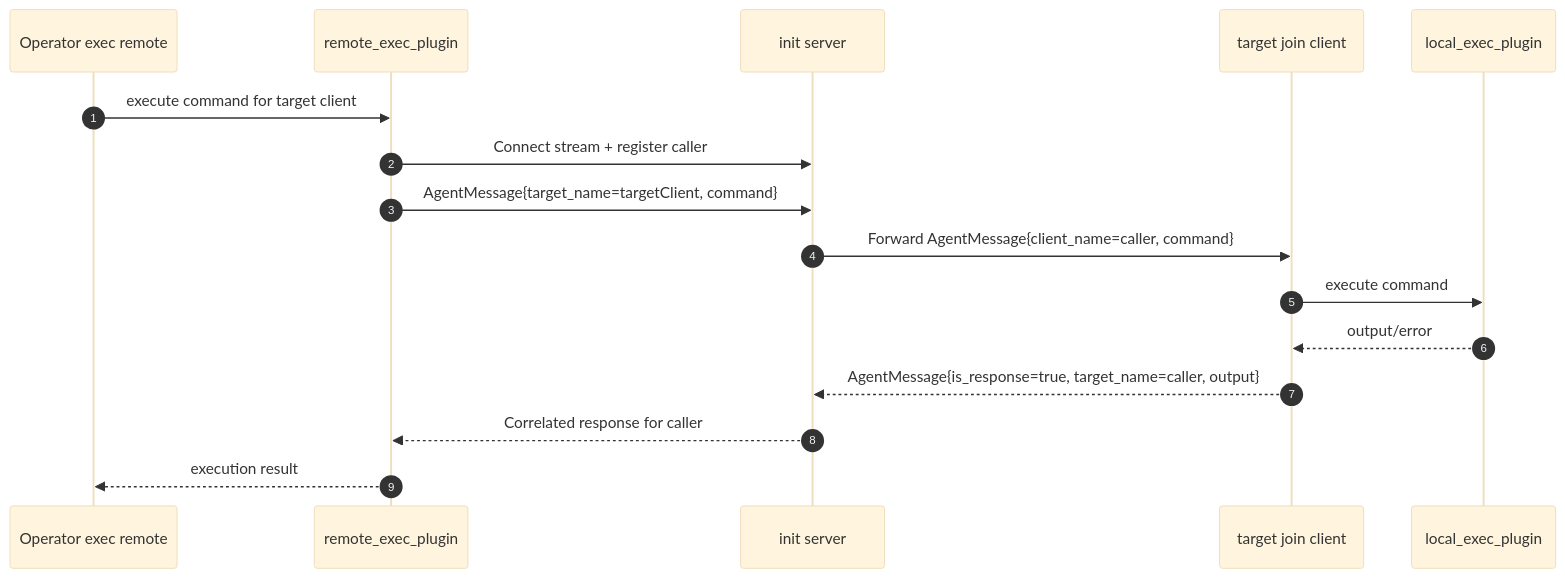
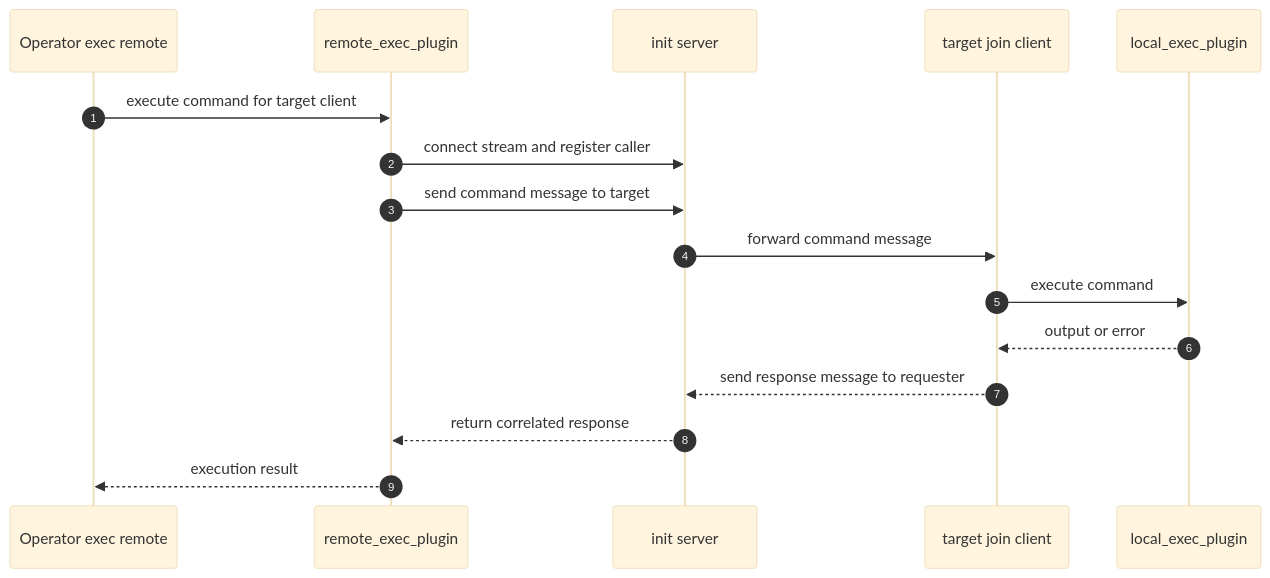
One commit to tamalsaha/grpc-agent changed the second of 2 diagrams in README.md. Above: the diagram before and after it, drawn with Mermaid (base theme). The commit also changed other lines of this file, not shown here.

Commit message:
Sanitize Mermaid labels for GitHub parser compatibility

````diff
--- a/README.md
+++ b/README.md
@@ -72,19 +72,19 @@
 ```mermaid
 sequenceDiagram
      autonumber
      participant O as Operator exec remote
      participant RP as remote_exec_plugin
      participant S as init server
      participant C as target join client
      participant LP as local_exec_plugin
 
      O->>RP: execute command for target client
-     RP->>S: Connect stream + register caller
-     RP->>S: AgentMessage{target_name=targetClient, command}
-     S->>C: Forward AgentMessage{client_name=caller, command}
+     RP->>S: connect stream and register caller
+     RP->>S: send command message to target
+     S->>C: forward command message
      C->>LP: execute command
-     LP-->>C: output/error
-     C-->>S: AgentMessage{is_response=true, target_name=caller, output}
-     S-->>RP: Correlated response for caller
+     LP-->>C: output or error
+     C-->>S: send response message to requester
+     S-->>RP: return correlated response
      RP-->>O: execution result
 ```
````
